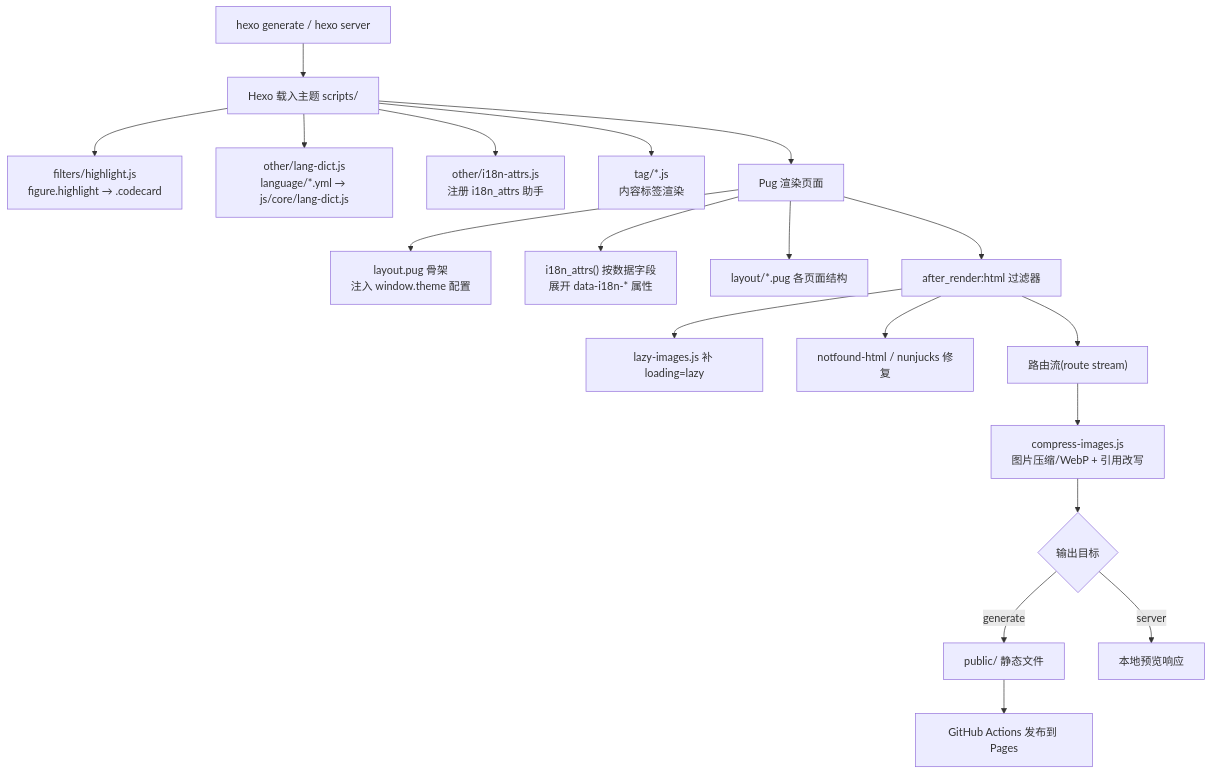
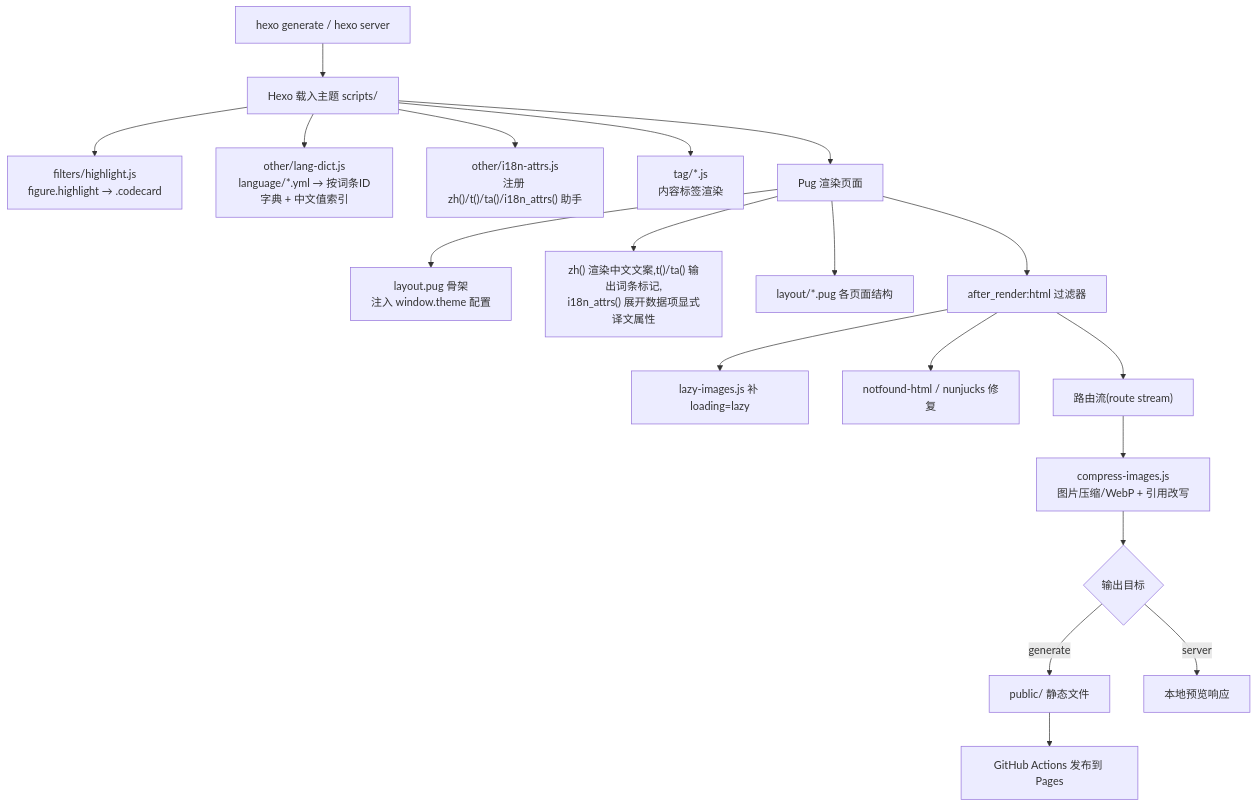
The second of 4 diagrams in docs/01-架构总览.md (huyangpahuo/magzine-branch), drawn with Mermaid before and after one commit. The commit also changed other lines of this file and 98 other files, not shown here.

````diff
--- a/docs/01-架构总览.md
+++ b/docs/01-架构总览.md
@@ -69,21 +71,21 @@
 ```mermaid
 flowchart TD
     A["hexo generate / hexo server"] --> B["Hexo 载入主题 scripts/"]
     B --> B1["filters/highlight.js<br/>figure.highlight → .codecard"]
-    B --> B2["other/lang-dict.js<br/>language/*.yml → js/core/lang-dict.js"]
-    B --> B3["other/i18n-attrs.js<br/>注册 i18n_attrs 助手"]
+    B --> B2["other/lang-dict.js<br/>language/*.yml → 按词条ID字典 + 中文值索引"]
+    B --> B3["other/i18n-attrs.js<br/>注册 zh()/t()/ta()/i18n_attrs() 助手"]
     B --> B4["tag/*.js<br/>内容标签渲染"]
     B --> C["Pug 渲染页面"]
     C --> C1["layout.pug 骨架<br/>注入 window.theme 配置"]
-    C --> C2["i18n_attrs() 按数据字段<br/>展开 data-i18n-* 属性"]
+    C --> C2["zh() 渲染中文文案,t()/ta() 输出词条标记,<br/>i18n_attrs() 展开数据项显式译文属性"]
     C --> C3["layout/*.pug 各页面结构"]
     C --> D["after_render:html 过滤器"]
     D --> D1["lazy-images.js 补 loading=lazy"]
     D --> D2["notfound-html / nunjucks 修复"]
     D --> E["路由流(route stream)"]
     E --> E1["compress-images.js<br/>图片压缩/WebP + 引用改写"]
     E1 --> F{"输出目标"}
     F -->|generate| G["public/ 静态文件"]
     F -->|server| H["本地预览响应"]
     G --> I["GitHub Actions 发布到 Pages"]
 ```
````
